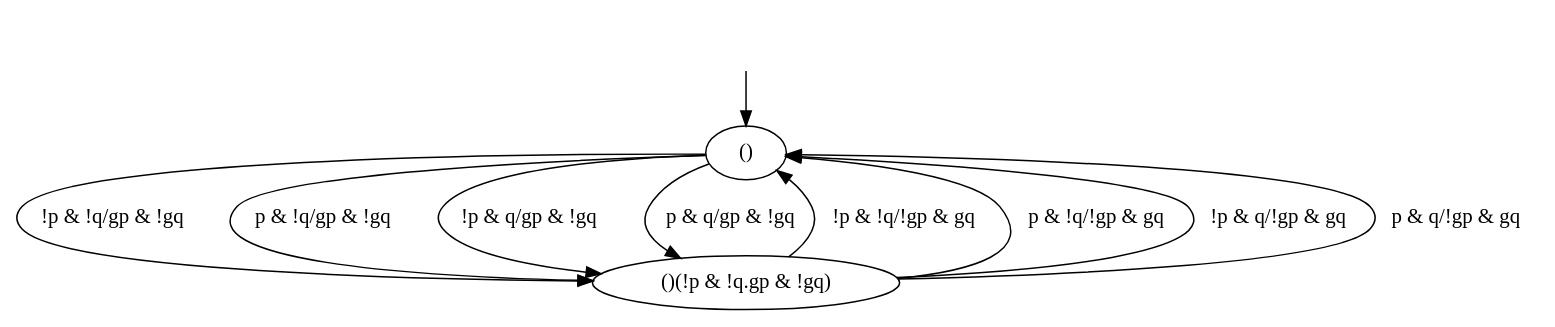
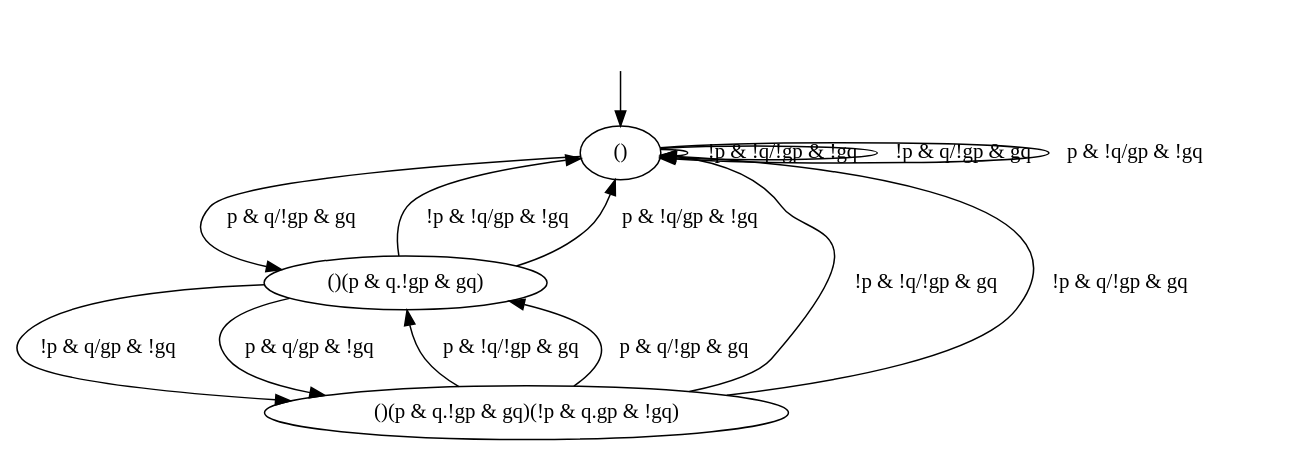
Before and after one commit to mrudu/synth-learn: the diagram in sample/examples/example2.dot, drawn with Graphviz. The commit also changed 7 other files, not shown here.

```diff
--- a/sample/examples/example2.dot
+++ b/sample/examples/example2.dot
@@ -1,14 +1,19 @@
-digraph "examples/example1" {
+digraph "examples/example2" {
 "()" [label="()"];
-"()(!p & !q.gp & !gq)" [label="()(!p & !q.gp & !gq)"];
-"()" -> "()(!p & !q.gp & !gq)"  [label="!p & !q/gp & !gq"];
-"()" -> "()(!p & !q.gp & !gq)"  [label="p & !q/gp & !gq"];
-"()" -> "()(!p & !q.gp & !gq)"  [label="!p & q/gp & !gq"];
-"()" -> "()(!p & !q.gp & !gq)"  [label="p & q/gp & !gq"];
-"()(!p & !q.gp & !gq)" -> "()"  [label="!p & !q/!gp & gq"];
-"()(!p & !q.gp & !gq)" -> "()"  [label="p & !q/!gp & gq"];
-"()(!p & !q.gp & !gq)" -> "()"  [label="!p & q/!gp & gq"];
-"()(!p & !q.gp & !gq)" -> "()"  [label="p & q/!gp & gq"];
+"()(p & q.!gp & gq)" [label="()(p & q.!gp & gq)"];
+"()(p & q.!gp & gq)(!p & q.gp & !gq)" [label="()(p & q.!gp & gq)(!p & q.gp & !gq)"];
+"()" -> "()"  [label="!p & !q/!gp & !gq"];
+"()" -> "()"  [label="!p & q/!gp & gq"];
+"()" -> "()"  [label="p & !q/gp & !gq"];
+"()" -> "()(p & q.!gp & gq)"  [label="p & q/!gp & gq"];
+"()(p & q.!gp & gq)" -> "()"  [label="!p & !q/gp & !gq"];
+"()(p & q.!gp & gq)" -> "()(p & q.!gp & gq)(!p & q.gp & !gq)"  [label="!p & q/gp & !gq"];
+"()(p & q.!gp & gq)" -> "()"  [label="p & !q/gp & !gq"];
+"()(p & q.!gp & gq)" -> "()(p & q.!gp & gq)(!p & q.gp & !gq)"  [label="p & q/gp & !gq"];
+"()(p & q.!gp & gq)(!p & q.gp & !gq)" -> "()"  [label="!p & !q/!gp & gq"];
+"()(p & q.!gp & gq)(!p & q.gp & !gq)" -> "()"  [label="!p & q/!gp & gq"];
+"()(p & q.!gp & gq)(!p & q.gp & !gq)" -> "()(p & q.!gp & gq)"  [label="p & !q/!gp & gq"];
+"()(p & q.!gp & gq)(!p & q.gp & !gq)" -> "()(p & q.!gp & gq)"  [label="p & q/!gp & gq"];
 __start0 [label="", shape=none];
 __start0 -> "()"  [label=""];
 }
```
